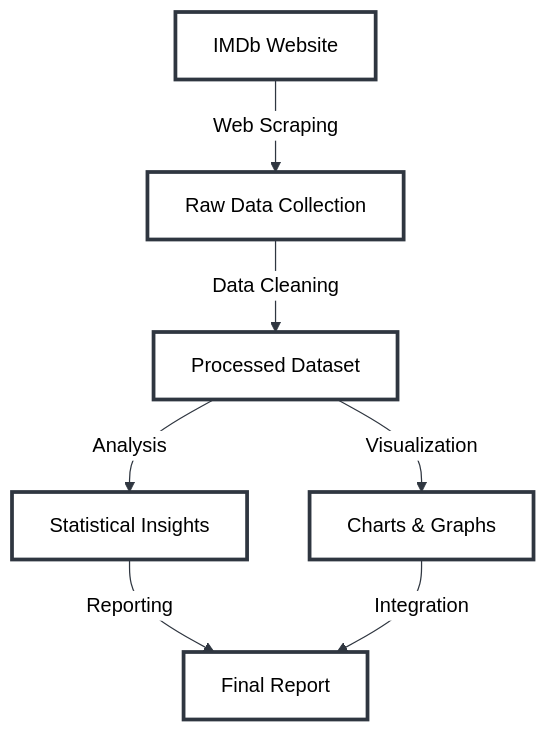
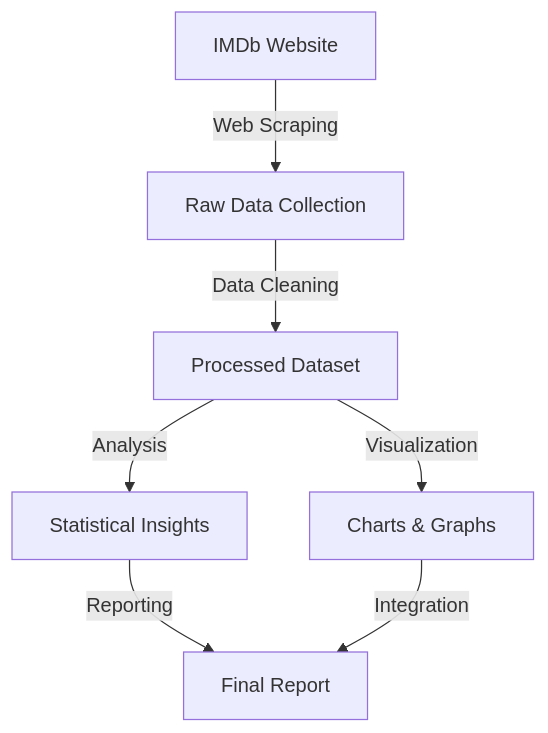
One commit to Izukushwaha/Movie-Scrapping-DA-Project changed the second of 2 diagrams in README.md. Above: the diagram before and after it, drawn with Mermaid. The commit also changed other lines of this file, not shown here.

````diff
--- a/README.md
+++ b/README.md
@@ -37,17 +78,9 @@
 ```mermaid
-%%{init: {'theme': 'base', 'themeVariables': { 'primaryColor': '#ffffff', 'primaryTextColor': '#000000', 'primaryBorderColor': '#2f3640', 'lineColor': '#2f3640', 'fontSize': '16px', 'fontFamily': 'arial'}}}%%
 flowchart TD
     A[IMDb Website] -->|Web Scraping| B[Raw Data Collection]
     B -->|Data Cleaning| C[Processed Dataset]
     C -->|Analysis| D[Statistical Insights]
     C -->|Visualization| E[Charts & Graphs]
     D -->|Reporting| F[Final Report]
     E -->|Integration| F
-    
-    style A fill:#ffffff,stroke:#2f3640,stroke-width:3px,color:#000000
-    style B fill:#ffffff,stroke:#2f3640,stroke-width:3px,color:#000000
-    style C fill:#ffffff,stroke:#2f3640,stroke-width:3px,color:#000000
-    style D fill:#ffffff,stroke:#2f3640,stroke-width:3px,color:#000000
-    style E fill:#ffffff,stroke:#2f3640,stroke-width:3px,color:#000000
-    style F fill:#ffffff,stroke:#2f3640,stroke-width:3px,color:#000000
 ```
````
